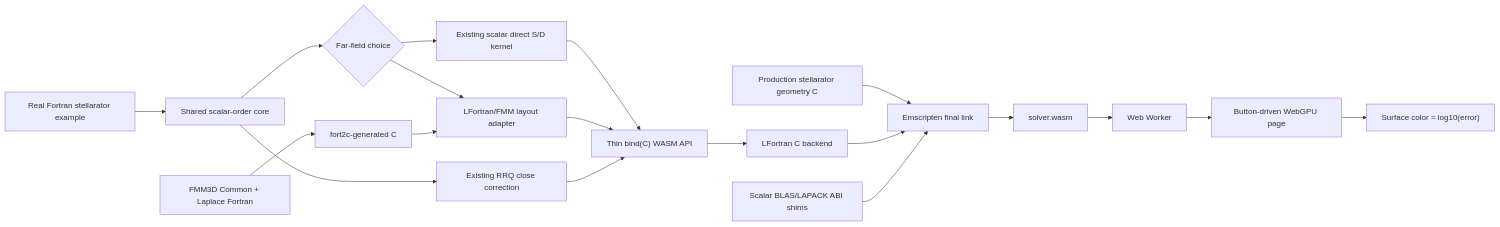
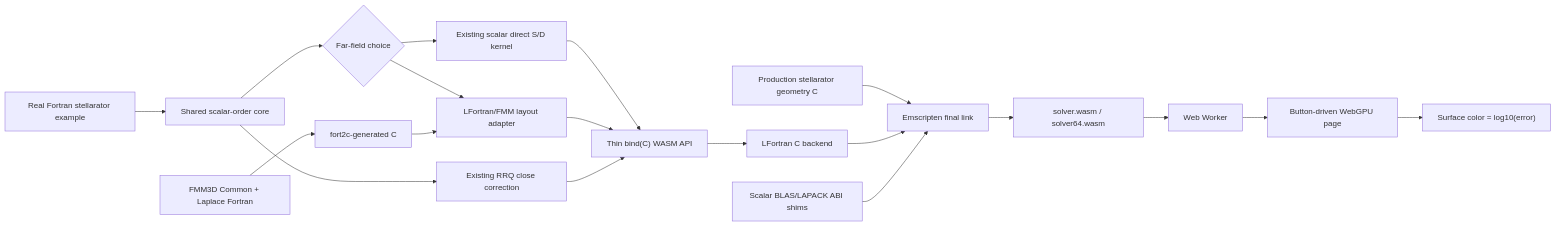
The diagram in web/stellarator/README.md (haiszhu/qotential), drawn with Mermaid before and after one commit. The commit also changed other lines of this file and 40 other files, not shown here.

Commit message:
Add Memory64 support to the stellarator WebAssembly solver

````diff
--- a/web/stellarator/README.md
+++ b/web/stellarator/README.md
@@ -1,18 +1,18 @@
 ```mermaid
 flowchart LR
     F["Real Fortran stellarator example"] --> C["Shared scalar-order core"]
     C --> K{"Far-field choice"}
     K --> D["Existing scalar direct S/D kernel"]
     K --> A["LFortran/FMM layout adapter"]
     F3["FMM3D Common + Laplace Fortran"] --> F2C["fort2c-generated C"] --> A
     C --> R["Existing RRQ close correction"]
     D --> API["Thin bind(C) WASM API"]
     A --> API
     R --> API
     G["Production stellarator geometry C"] --> EM["Emscripten final link"]
     API --> LC["LFortran C backend"] --> EM
     B["Scalar BLAS/LAPACK ABI shims"] --> EM
-    EM --> W["solver.wasm"] --> WK["Web Worker"]
+    EM --> W["solver.wasm / solver64.wasm"] --> WK["Web Worker"]
     WK --> UI["Button-driven WebGPU page"]
     UI --> E["Surface color = log10(error)"]
 ```
````
